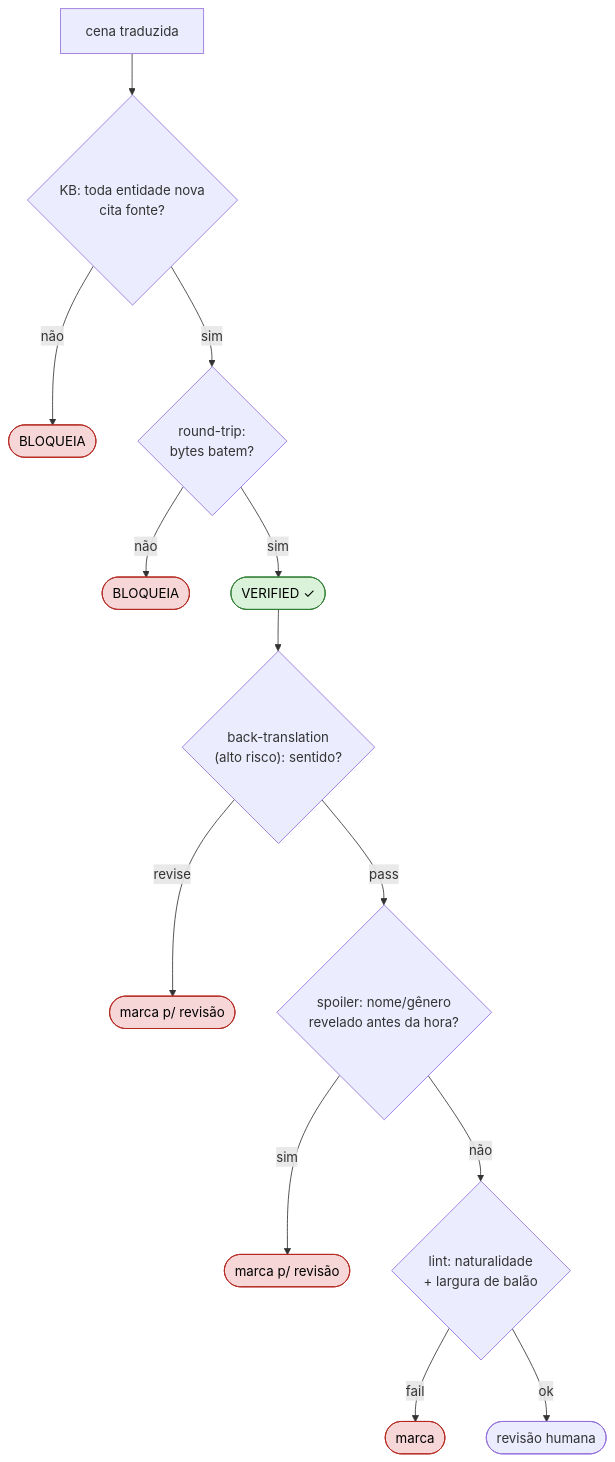
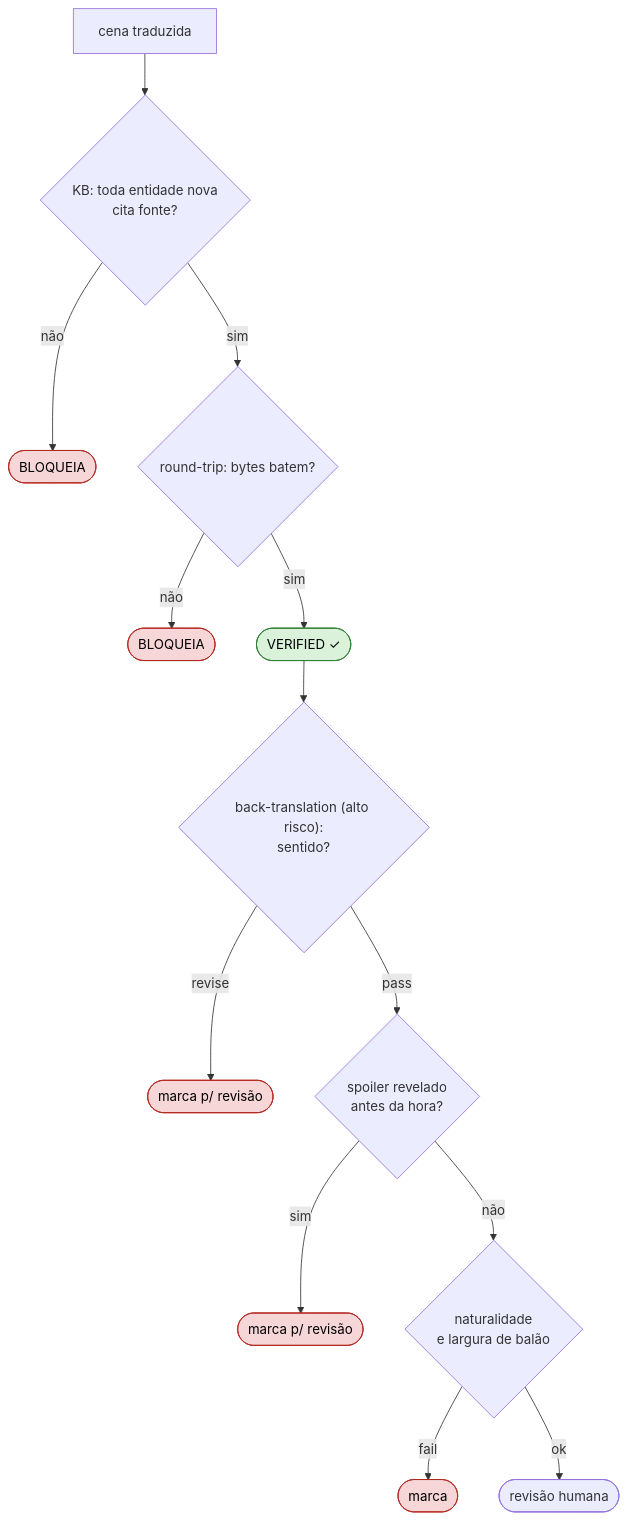
The third of 6 diagrams in docs/GOVERNANCE.md (scudellerlemos/translation-cognition-framework), drawn with Mermaid before and after one commit. The commit also changed other lines of this file and 14 other files, not shown here.

Commit message:
docs: reescreve 15 docs com C4 em mermaid e linguagem simples

````diff
--- a/docs/GOVERNANCE.md
+++ b/docs/GOVERNANCE.md
@@ -62,19 +73,19 @@
 ```mermaid
 flowchart TB
   scene["cena traduzida"] --> kb
   kb{"KB: toda entidade nova<br/>cita fonte?"} -->|não| kbx(["BLOQUEIA"])
   kb -->|sim| rt
-  rt{"round-trip:<br/>bytes batem?"} -->|não| rtx(["BLOQUEIA"])
+  rt{"round-trip: bytes batem?"} -->|não| rtx(["BLOQUEIA"])
   rt -->|sim| ok(["VERIFIED ✓"])
   ok --> bt
-  bt{"back-translation<br/>(alto risco): sentido?"} -->|revise| btx(["marca p/ revisão"])
+  bt{"back-translation (alto risco):<br/>sentido?"} -->|revise| btx(["marca p/ revisão"])
   bt -->|pass| sp
-  sp{"spoiler: nome/gênero<br/>revelado antes da hora?"} -->|sim| spx(["marca p/ revisão"])
+  sp{"spoiler revelado<br/>antes da hora?"} -->|sim| spx(["marca p/ revisão"])
   sp -->|não| lint
-  lint{"lint: naturalidade<br/>+ largura de balão"} -->|fail| lintx(["marca"])
+  lint{"naturalidade<br/>e largura de balão"} -->|fail| lintx(["marca"])
   lint -->|ok| hum(["revisão humana"])
   classDef bad fill:#f6d6d6,stroke:#b3261e,color:#000;
   classDef good fill:#d9f2d9,stroke:#2e7d32,color:#000;
   class kbx,spx,rtx,btx,lintx bad;
   class ok good;
 ```
````
